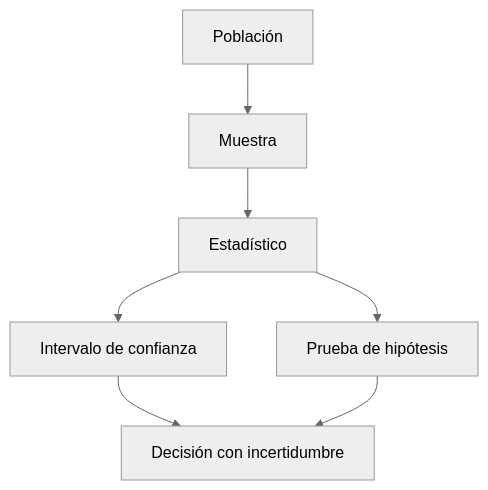
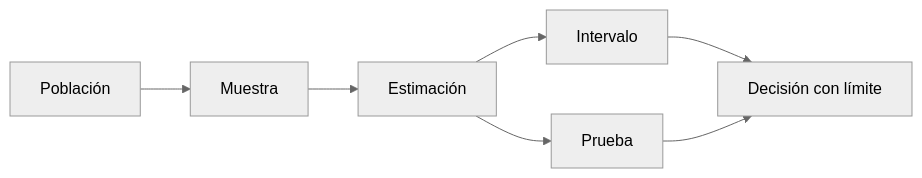
Before and after one commit to Ayhur/CursoAnalista: diagram 17 of 32 in dist/markdown/temario-completo.md, drawn with Mermaid (neutral theme). The commit also changed other lines of this file and 29 other files, not shown here.

````diff
--- a/dist/markdown/temario-completo.md
+++ b/dist/markdown/temario-completo.md
@@ -1187,9 +1305,9 @@
 ```mermaid
-flowchart TD
-    A[Población] --> B[Muestra]
-    B --> C[Estadístico]
-    C --> D[Intervalo de confianza]
-    C --> E[Prueba de hipótesis]
-    D --> F[Decisión con incertidumbre]
-    E --> F
+flowchart LR
+ A[Población] --> B[Muestra]
+ B --> C[Estimación]
+ C --> D[Intervalo]
+ C --> E[Prueba]
+ D --> F[Decisión con límite]
+ E --> F
 ```
````
